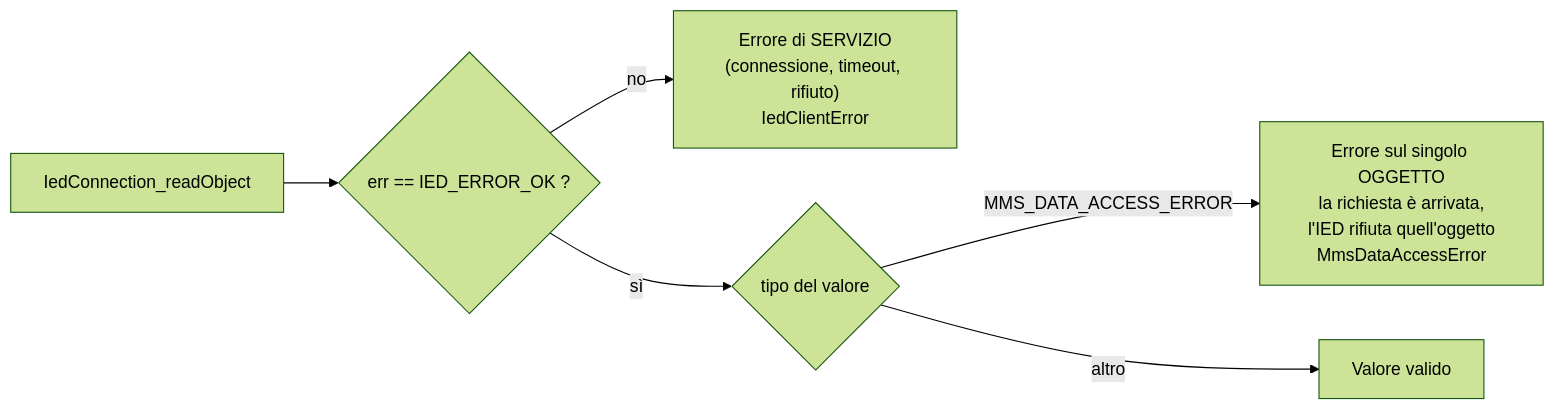
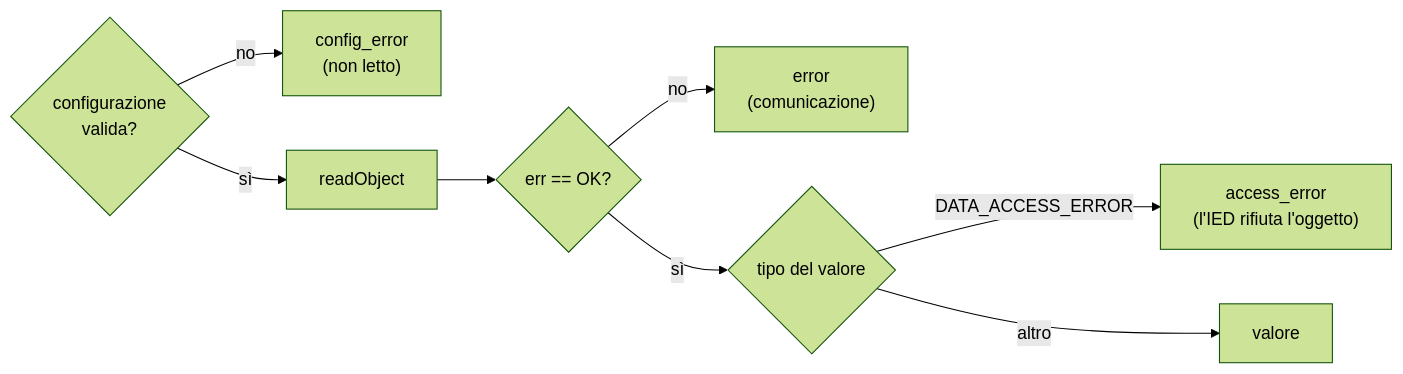
One commit to Anzokk/TesiLaurea changed the third of 3 diagrams in IedAnalizer/docs/libiec61850.md. Above: the diagram before and after it, drawn with Mermaid (forest theme). The commit also changed other lines of this file, not shown here.

````diff
--- a/IedAnalizer/docs/libiec61850.md
+++ b/IedAnalizer/docs/libiec61850.md
@@ -277,8 +290,9 @@
 ```mermaid
 flowchart LR
-    R["IedConnection_readObject"] --> E{"err == IED_ERROR_OK ?"}
-    E -- no --> S["Errore di SERVIZIO<br/>(connessione, timeout, rifiuto)<br/>IedClientError"]
+    C{"configurazione<br/>valida?"} -- no --> CE["config_error<br/>(non letto)"]
+    C -- sì --> R["readObject"] --> E{"err == OK?"}
+    E -- no --> SE["error<br/>(comunicazione)"]
     E -- sì --> T{"tipo del valore"}
-    T -- MMS_DATA_ACCESS_ERROR --> D["Errore sul singolo OGGETTO<br/>la richiesta è arrivata,<br/>l'IED rifiuta quell'oggetto<br/>MmsDataAccessError"]
-    T -- altro --> OK["Valore valido"]
+    T -- DATA_ACCESS_ERROR --> AE["access_error<br/>(l'IED rifiuta l'oggetto)"]
+    T -- altro --> OK["valore"]
 ```
````
